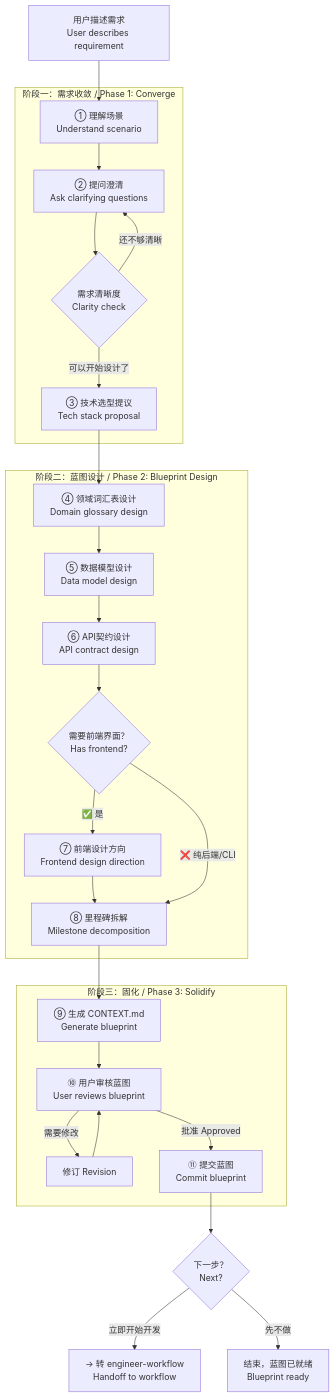
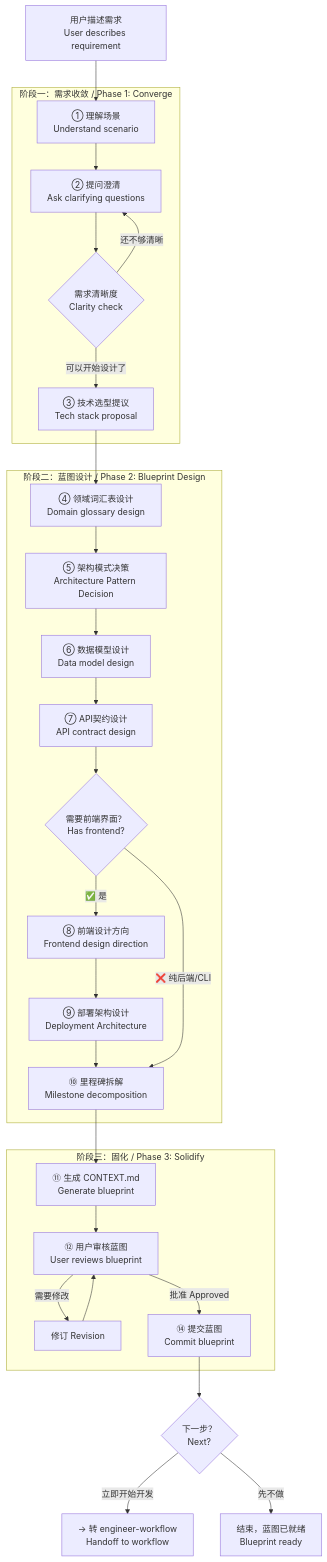
One commit to iannil/skills changed the first of 3 diagrams in skills/engineer-architect/SKILL.md. Above: the diagram before and after it, drawn with Mermaid. The commit also changed other lines of this file, not shown here.

First line of the commit message:
feat: enhance engineer-architect with architecture patterns and deployment architecture

````diff
--- a/skills/engineer-architect/SKILL.md
+++ b/skills/engineer-architect/SKILL.md
@@ -144,33 +146,35 @@
 ```mermaid
 graph TD
     START["用户描述需求<br/>User describes requirement"] --> A
     
     subgraph "阶段一：需求收敛 / Phase 1: Converge"
         A["① 理解场景<br/>Understand scenario"] --> B["② 提问澄清<br/>Ask clarifying questions"]
         B --> C{"需求清晰度<br/>Clarity check"}
         C -->|"还不够清晰"| B
         C -->|"可以开始设计了"| D
     end
     
     subgraph "阶段二：蓝图设计 / Phase 2: Blueprint Design"
         D["③ 技术选型提议<br/>Tech stack proposal"] --> E["④ 领域词汇表设计<br/>Domain glossary design"]
-        E --> F["⑤ 数据模型设计<br/>Data model design"]
-        F --> G["⑥ API契约设计<br/>API contract design"]
-        G --> H{"需要前端界面？<br/>Has frontend?"}
-        H -->|"✅ 是"| I["⑦ 前端设计方向<br/>Frontend design direction"]
-        I --> J["⑧ 里程碑拆解<br/>Milestone decomposition"]
-        H -->|"❌ 纯后端/CLI"| J
+        E --> F["⑤ 架构模式决策<br/>Architecture Pattern Decision"]
+        F --> G["⑥ 数据模型设计<br/>Data model design"]
+        G --> H["⑦ API契约设计<br/>API contract design"]
+        H --> I{"需要前端界面？<br/>Has frontend?"}
+        I -->|"✅ 是"| J["⑧ 前端设计方向<br/>Frontend design direction"]
+        J --> K["⑨ 部署架构设计<br/>Deployment Architecture"]
+        K --> L["⑩ 里程碑拆解<br/>Milestone decomposition"]
+        I -->|"❌ 纯后端/CLI"| L
     end
     
     subgraph "阶段三：固化 / Phase 3: Solidify"
-        J --> K["⑨ 生成 CONTEXT.md<br/>Generate blueprint"]
-        K --> L["⑩ 用户审核蓝图<br/>User reviews blueprint"]
-        L -->|"需要修改"| M["修订 Revision"]
-        M --> L
-        L -->|"批准 Approved"| N["⑪ 提交蓝图<br/>Commit blueprint"]
+        L --> M["⑪ 生成 CONTEXT.md<br/>Generate blueprint"]
+        M --> N["⑫ 用户审核蓝图<br/>User reviews blueprint"]
+        N -->|"需要修改"| O["修订 Revision"]
+        O --> N
+        N -->|"批准 Approved"| P["⑭ 提交蓝图<br/>Commit blueprint"]
     end
     
-    N --> O{"下一步？<br/>Next?"}
-    O -->|"立即开始开发"| P["→ 转 engineer-workflow<br/>Handoff to workflow"]
-    O -->|"先不做"| Q["结束，蓝图已就绪<br/>Blueprint ready"]
+    P --> Q{"下一步？<br/>Next?"}
+    Q -->|"立即开始开发"| R["→ 转 engineer-workflow<br/>Handoff to workflow"]
+    Q -->|"先不做"| S["结束，蓝图已就绪<br/>Blueprint ready"]
 ```
````
